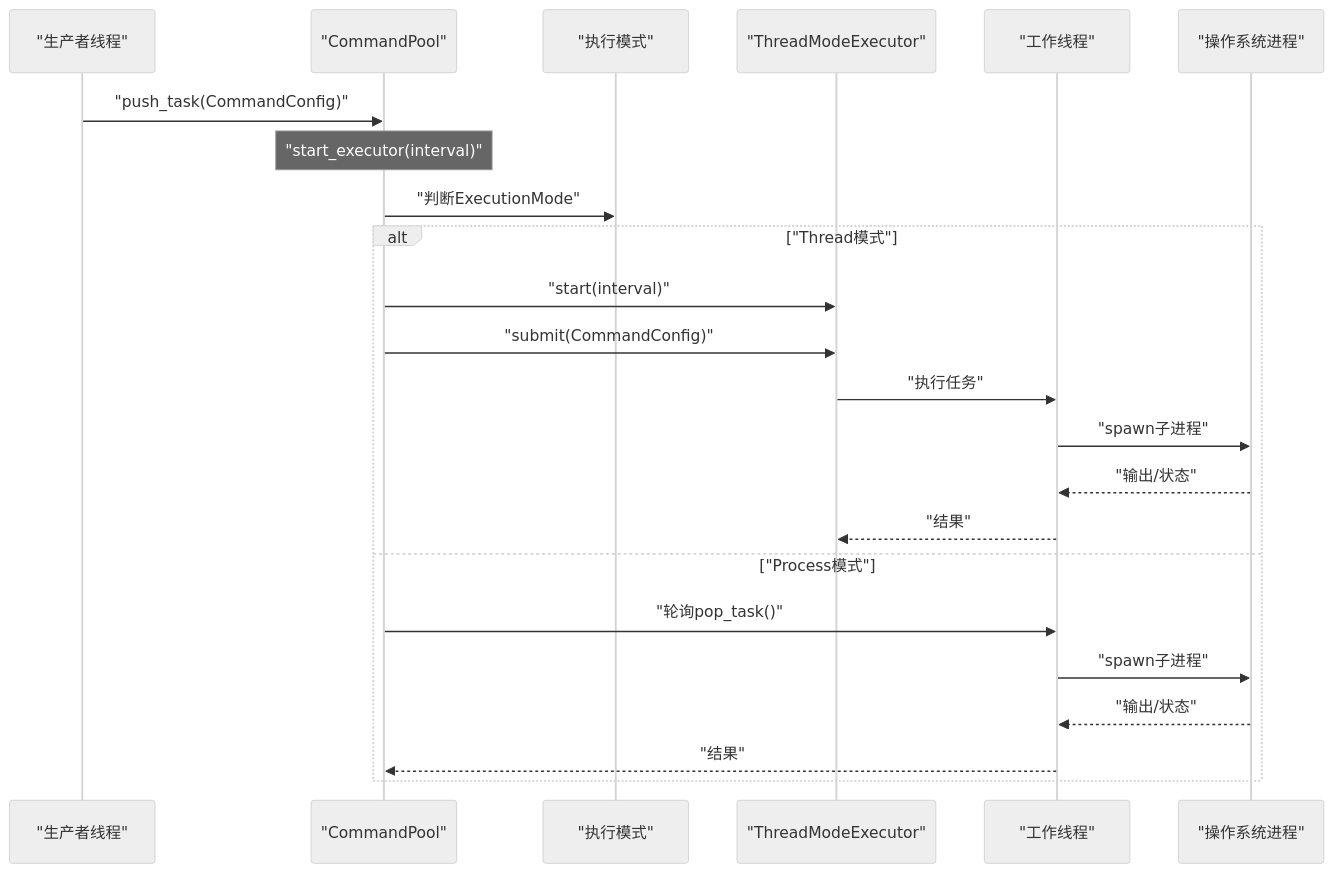
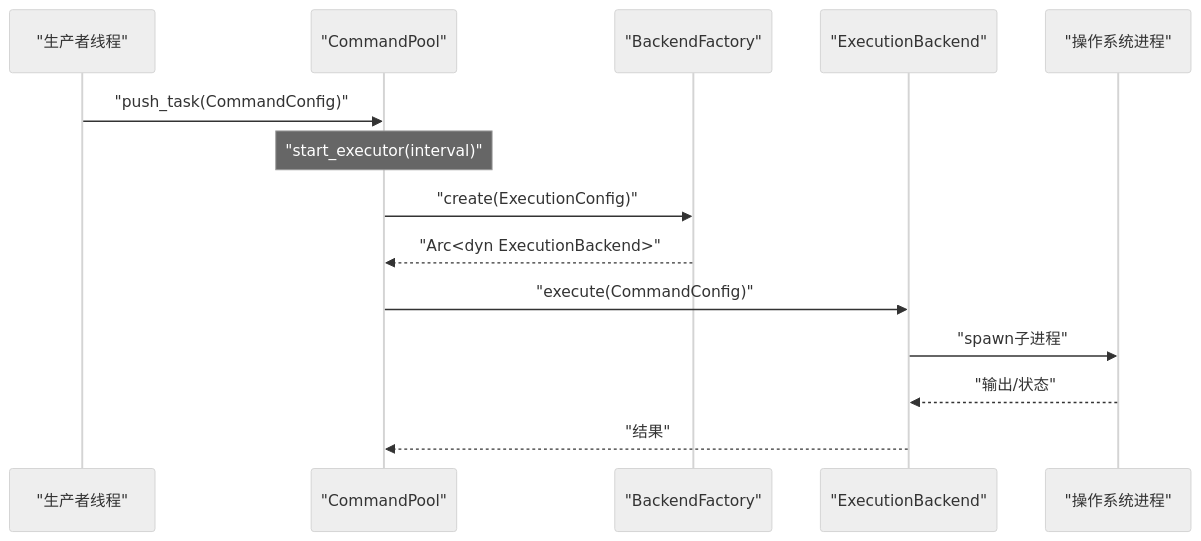
One commit to xcry2006/execute changed the second of 8 diagrams in .qoder/repowiki/zh/content/执行模式详解/执行模式详解.md. Above: the diagram before and after it, drawn with Mermaid (neutral theme). The commit also changed other lines of this file and 9 other files, not shown here.

````diff
--- a/.qoder/repowiki/zh/content/执行模式详解/执行模式详解.md
+++ b/.qoder/repowiki/zh/content/执行模式详解/执行模式详解.md
@@ -129,25 +154,16 @@
 ```mermaid
 sequenceDiagram
 participant Producer as "生产者线程"
 participant Pool as "CommandPool"
-participant Mode as "执行模式"
-participant TE as "ThreadModeExecutor"
-participant W as "工作线程"
+participant Factory as "BackendFactory"
+participant Backend as "ExecutionBackend"
 participant OS as "操作系统进程"
 Producer->>Pool : "push_task(CommandConfig)"
 Note over Pool : "start_executor(interval)"
-Pool->>Mode : "判断ExecutionMode"
-alt "Thread模式"
-Pool->>TE : "start(interval)"
-Pool->>TE : "submit(CommandConfig)"
-TE->>W : "执行任务"
-W->>OS : "spawn子进程"
-OS-->>W : "输出/状态"
-W-->>TE : "结果"
-else "Process模式"
-Pool->>W : "轮询pop_task()"
-W->>OS : "spawn子进程"
-OS-->>W : "输出/状态"
-W-->>Pool : "结果"
-end
+Pool->>Factory : "create(ExecutionConfig)"
+Factory-->>Pool : "Arc<dyn ExecutionBackend>"
+Pool->>Backend : "execute(CommandConfig)"
+Backend->>OS : "spawn子进程"
+OS-->>Backend : "输出/状态"
+Backend-->>Pool : "结果"
 ```
````
